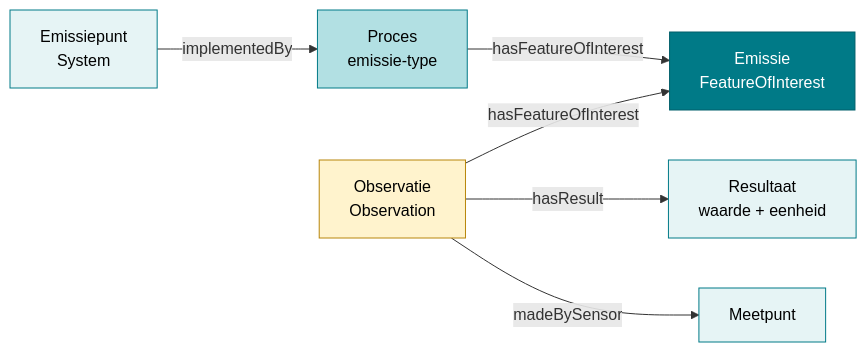
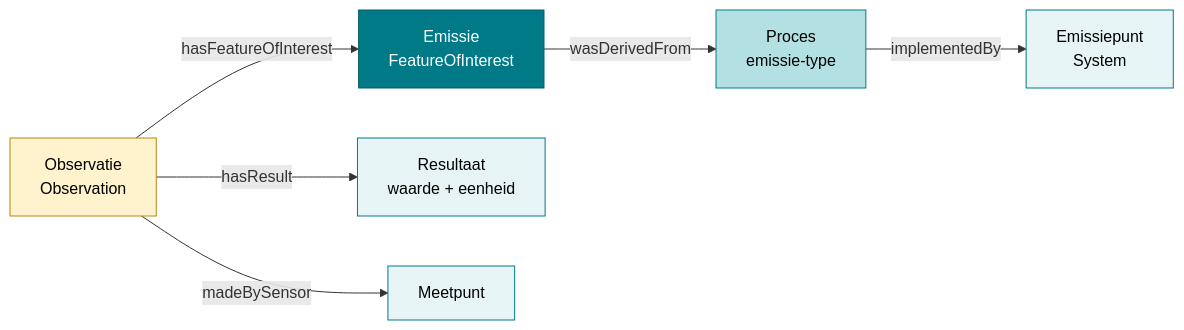
Before and after one commit to milieuinfo/RIE-IEPR: the diagram in documentatie/datamodel/afname/gebruiksscenario.md, drawn with Mermaid. The commit also changed other lines of this file and 46 other files, not shown here.

````diff
--- a/documentatie/datamodel/afname/gebruiksscenario.md
+++ b/documentatie/datamodel/afname/gebruiksscenario.md
@@ -79,15 +79,15 @@
 ```mermaid
 graph LR
-    Emissiepunt["Emissiepunt<br/>System"] -->|implementedBy| Proces["Proces<br/>emissie-type"]
-    Proces -->|hasFeatureOfInterest| Emissie["Emissie<br/>FeatureOfInterest"]
+    Proces["Proces<br/>emissie-type"] -->|implementedBy| Emissiepunt["Emissiepunt<br/>System"]
+    Emissie["Emissie<br/>FeatureOfInterest"] -->|wasDerivedFrom| Proces
     Observatie["Observatie<br/>Observation"] -->|hasFeatureOfInterest| Emissie
     Observatie -->|hasResult| Resultaat["Resultaat<br/>waarde + eenheid"]
     Observatie -->|madeBySensor| Meetpunt["Meetpunt"]
     
     style Emissiepunt fill:#e6f4f5,stroke:#007A87,color:#000
     style Proces fill:#b2e0e3,stroke:#007A87,color:#000
     style Emissie fill:#007A87,stroke:#005f6a,color:#fff
     style Observatie fill:#fff3cd,stroke:#b8860b,color:#000
     style Resultaat fill:#e6f4f5,stroke:#007A87,color:#000
     style Meetpunt fill:#e6f4f5,stroke:#007A87,color:#000
 ```
````
